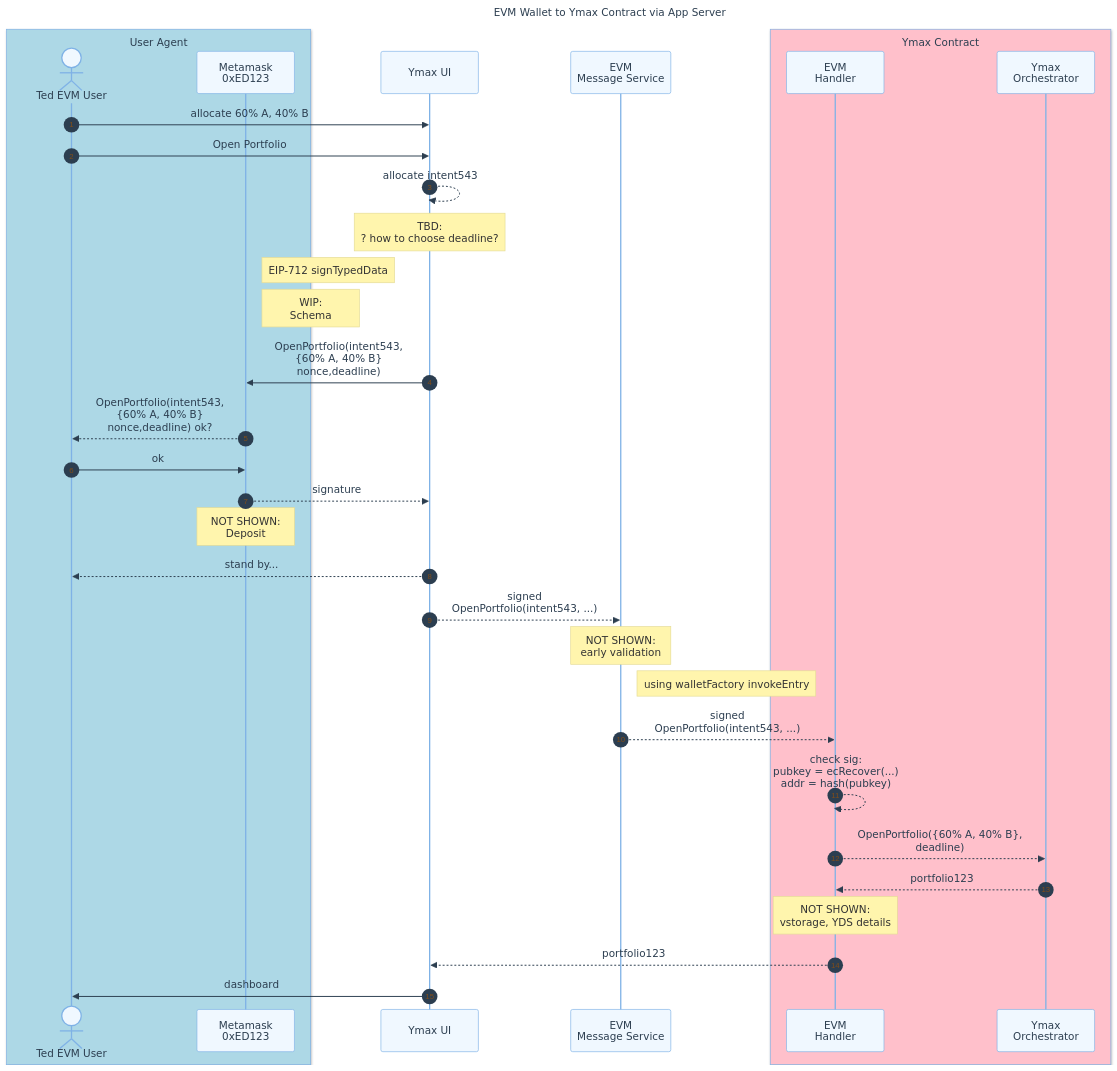
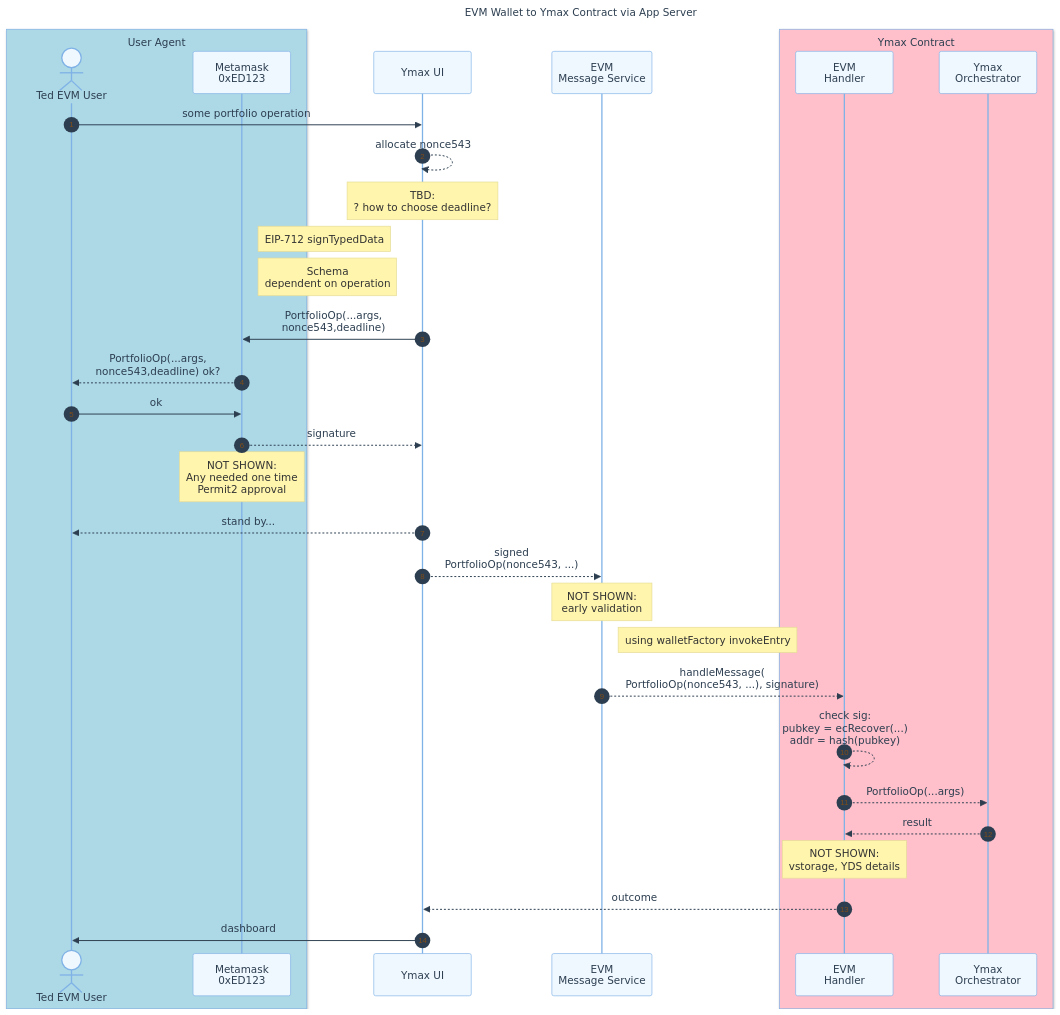
The second of 7 diagrams in packages/portfolio-contract/docs-design/evm-wallet.md (Agoric/agoric-sdk), drawn with Mermaid before and after one commit. The commit also changed other lines of this file, not shown here.

Commit message:
docs: update evm permit2, create+deposit

````diff
--- a/packages/portfolio-contract/docs-design/evm-wallet.md
+++ b/packages/portfolio-contract/docs-design/evm-wallet.md
@@ -55,54 +55,53 @@
 ```mermaid
 
 %%{init: {
   'theme': 'base',
   'themeVariables': {
     'primaryColor': '#f0f8ff',
     'primaryTextColor': '#2c3e50',
     'primaryBorderColor': '#7fb2e6',
     'lineColor': '#7fb2e6',
     'secondaryColor': '#f6f8fa',
     'tertiaryColor': '#fff5e6'
   }
 }}%%
 sequenceDiagram
   title EVM Wallet to Ymax Contract via App Server
   autonumber
   box lightblue User Agent
     actor U as Ted EVM User
     participant MM as Metamask<br/>0xED123
   end
   participant D as Ymax UI
   participant EMS as EVM<br/> Message Service
   %% [Where it runs]
   box Pink Ymax Contract
     participant EMH as EVM<br/>Handler
     participant YC as Ymax<br/>Orchestrator
   end
 
   %% Notation: ->> for initial message, -->> for consequences
 
-  U->>D: allocate 60% A, 40% B
-  U->>D: Open Portfolio
-  D-->>D: allocate intent543
+  U->>D: some portfolio operation
+  D-->>D: allocate nonce543
   note over D: TBD:<br/>? how to choose deadline?
   note right of MM: EIP-712 signTypedData
-  note right of MM: WIP:<br/>Schema
-  D->>MM: OpenPortfolio(intent543,<br/>{60% A, 40% B}<br/>nonce,deadline)
-  MM-->>U: OpenPortfolio(intent543,<br/>{60% A, 40% B}<br/>nonce,deadline) ok?
+  note right of MM: Schema<br/>dependent on operation
+  D->>MM: PortfolioOp(...args,<br/>nonce543,deadline)
+  MM-->>U: PortfolioOp(...args,<br/>nonce543,deadline) ok?
   U->>MM: ok
   MM-->>D: signature
-  note over MM: NOT SHOWN:<br/>Deposit
+  note over MM: NOT SHOWN:<br/>Any needed one time<br/>Permit2 approval
   D-->>U: stand by...
 
-  D -->> EMS: signed<br/>OpenPortfolio(intent543, ...)
+  D -->> EMS: signed<br/>PortfolioOp(nonce543, ...)
   note over EMS: NOT SHOWN:<br/>early validation
   note right of EMS: using walletFactory invokeEntry
-  EMS -->> EMH: signed<br/>OpenPortfolio(intent543, ...)
+  EMS -->> EMH: handleMessage(<br/>PortfolioOp(nonce543, ...), signature)
   EMH -->> EMH: check sig:<br/>pubkey = ecRecover(...)<br/>addr = hash(pubkey)
-  EMH -->> YC: OpenPortfolio({60% A, 40% B},<br/>deadline)
-  YC -->> EMH: portfolio123
+  EMH -->> YC: PortfolioOp(...args)
+  YC -->> EMH: result
   note over EMH: NOT SHOWN:<br/>vstorage, YDS details
-  EMH -->> D: portfolio123
+  EMH -->> D: outcome
   D ->> U: dashboard
 ```
````
